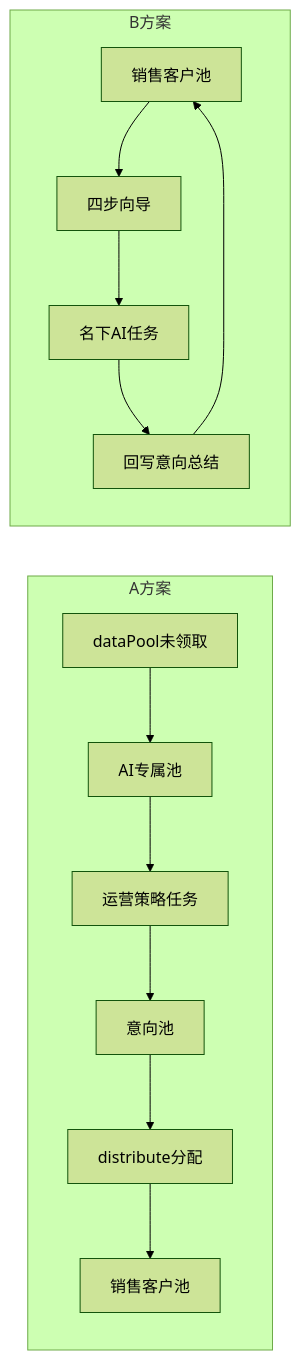
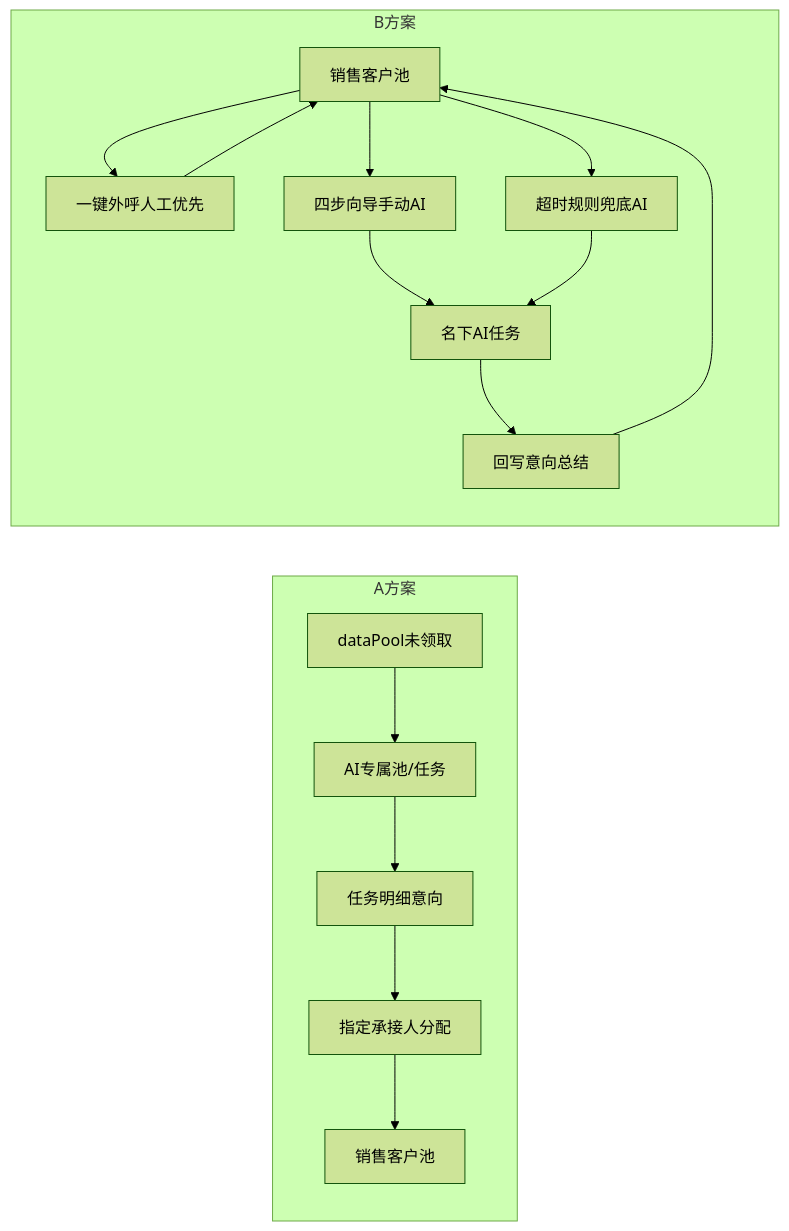
The diagram in docs/comparison.md (Leo-ai05/ai-crm-outbound-design), drawn with Mermaid (forest theme) before and after one commit. The commit also changed other lines of this file and 4 other files, not shown here.

````diff
--- a/docs/comparison.md
+++ b/docs/comparison.md
@@ -34,16 +36,19 @@
 ```mermaid
 flowchart LR
   subgraph A方案
-    DP[dataPool未领取] --> AIP[AI专属池]
-    AIP --> OPS[运营策略任务]
-    OPS --> INT[意向池]
-    INT --> DIST[distribute分配]
+    DP[dataPool未领取] --> AIP[AI专属池/任务]
+    AIP --> INT[任务明细意向]
+    INT --> DIST[指定承接人分配]
     DIST --> POOL1[销售客户池]
   end
   subgraph B方案
-    POOL2[销售客户池] --> WIZ[四步向导]
+    POOL2[销售客户池] --> MAN[一键外呼人工优先]
+    POOL2 --> WIZ[四步向导手动AI]
+    POOL2 --> TO[超时规则兜底AI]
+    MAN --> POOL2
     WIZ --> TASK[名下AI任务]
+    TO --> TASK
     TASK --> RW[回写意向总结]
     RW --> POOL2
   end
 ```
````
